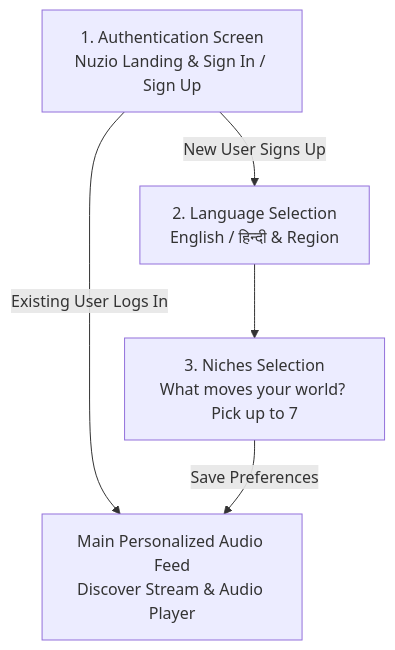
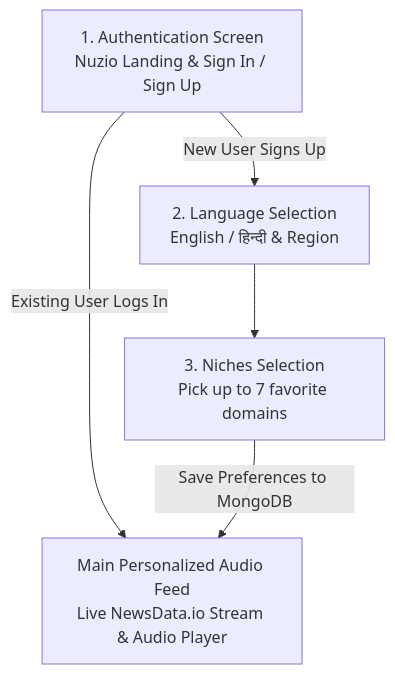
The diagram in README.md (PraveshAggarwal/Nuzio-Ai), drawn with Mermaid before and after one commit. The commit also changed other lines of this file and 5 other files, not shown here.

````diff
--- a/README.md
+++ b/README.md
@@ -53,7 +74,7 @@
 ```mermaid
 graph TD
-    A[1. Authentication Screen<br/>Nuzio Landing & Sign In / Sign Up] -->|Existing User Logs In| D[Main Personalized Audio Feed<br/>Discover Stream & Audio Player]
+    A[1. Authentication Screen<br/>Nuzio Landing & Sign In / Sign Up] -->|Existing User Logs In| D[Main Personalized Audio Feed<br/>Live NewsData.io Stream & Audio Player]
     A -->|New User Signs Up| B[2. Language Selection<br/>English / हिन्दी & Region]
-    B --> C[3. Niches Selection<br/>What moves your world? Pick up to 7]
-    C -->|Save Preferences| D
+    B --> C[3. Niches Selection<br/>Pick up to 7 favorite domains]
+    C -->|Save Preferences to MongoDB| D
 ```
````
